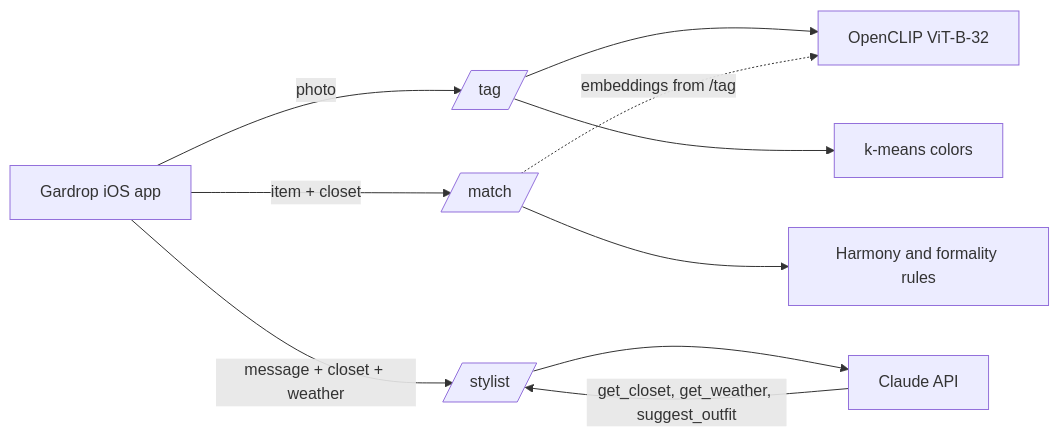
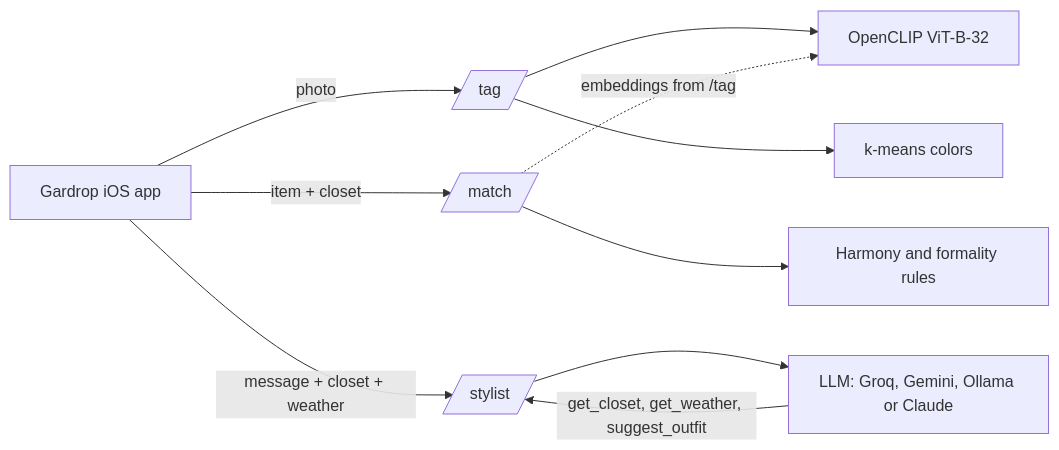
Before and after one commit to tunabsdrmz/gardrop-ai: the diagram in README.md, drawn with Mermaid. The commit also changed other lines of this file and 15 other files, not shown here.

````diff
--- a/README.md
+++ b/README.md
@@ -22,12 +79,12 @@
 ```mermaid
 flowchart LR
     App[Gardrop iOS app] -->|photo| Tag[/tag/]
     App -->|item + closet| Match[/match/]
     App -->|message + closet + weather| Stylist[/stylist/]
     Tag --> CLIP[OpenCLIP ViT-B-32]
     Tag --> KMeans[k-means colors]
     Match --> Rules[Harmony and formality rules]
     Match -.->|embeddings from /tag| CLIP
-    Stylist --> Claude[Claude API]
-    Claude -->|get_closet, get_weather, suggest_outfit| Stylist
+    Stylist --> LLM[LLM: Groq, Gemini, Ollama or Claude]
+    LLM -->|get_closet, get_weather, suggest_outfit| Stylist
 ```
````
